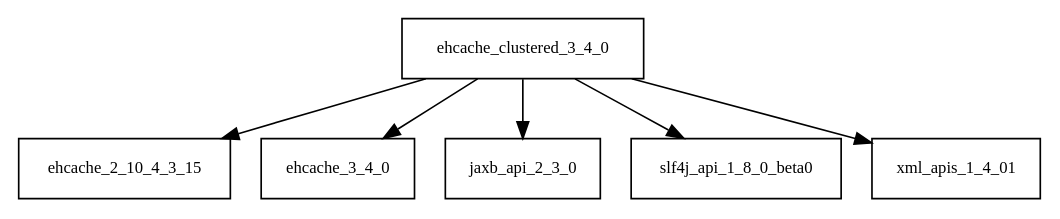
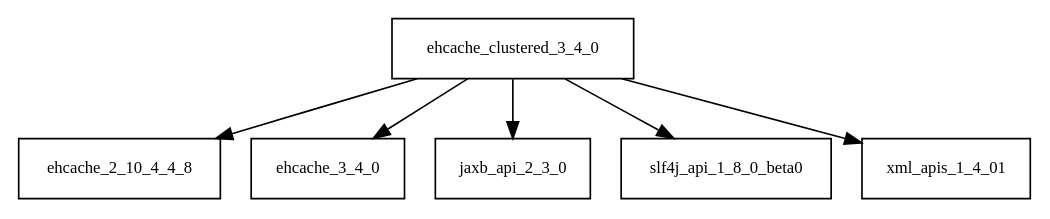
One commit to AglaianWoman/cia changed the diagram in tattleTaleReport/graphviz/ehcache-clustered-3.4.0.jar/ehcache-clustered-3.4.0.jar.dot. Above: the diagram before and after it, drawn with Graphviz. The commit also changed 2727 other files, not shown here.

```diff
--- a/tattleTaleReport/graphviz/ehcache-clustered-3.4.0.jar/ehcache-clustered-3.4.0.jar.dot
+++ b/tattleTaleReport/graphviz/ehcache-clustered-3.4.0.jar/ehcache-clustered-3.4.0.jar.dot
@@ -1,8 +1,8 @@
 digraph ehcache_clustered_3_4_0_dependencies {
   node [shape = box, fontsize=10.0];
-  ehcache_clustered_3_4_0 -> ehcache_2_10_4_3_15;
+  ehcache_clustered_3_4_0 -> ehcache_2_10_4_4_8;
   ehcache_clustered_3_4_0 -> ehcache_3_4_0;
   ehcache_clustered_3_4_0 -> jaxb_api_2_3_0;
   ehcache_clustered_3_4_0 -> slf4j_api_1_8_0_beta0;
   ehcache_clustered_3_4_0 -> xml_apis_1_4_01;
 }
```
